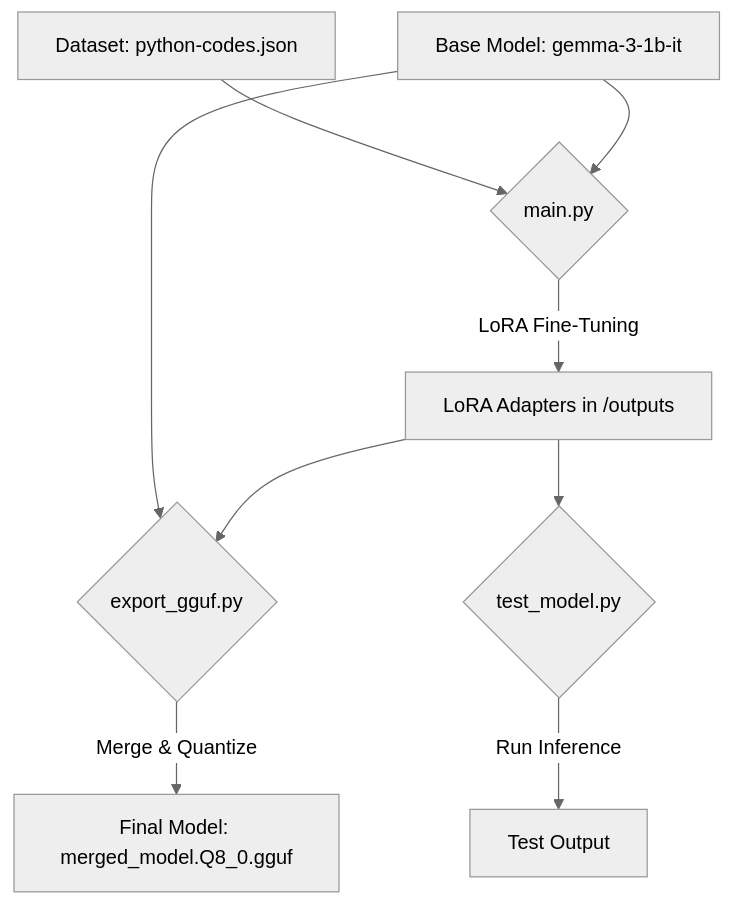
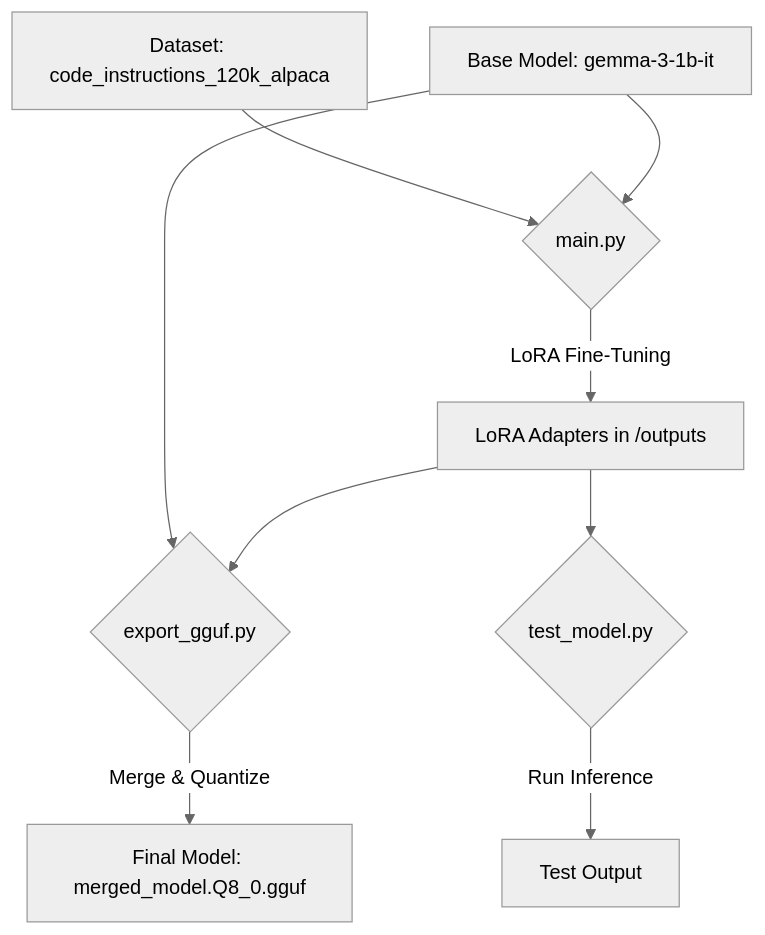
The diagram in README.md (prathmeshnik/gemma3-fine-tuning), drawn with Mermaid (neutral theme) before and after one commit.

````diff
--- a/README.md
+++ b/README.md
@@ -53,11 +53,11 @@
 ```mermaid
 graph TD;
     A[Base Model: gemma-3-1b-it] --> C{main.py};
-    B[Dataset: python-codes.json] --> C;
+    B[Dataset: code_instructions_120k_alpaca] --> C;
     C -- LoRA Fine-Tuning --> D[LoRA Adapters in /outputs];
     D --> E{export_gguf.py};
     A --> E;
     E -- Merge & Quantize --> F[Final Model: merged_model.Q8_0.gguf];
     D --> G{test_model.py};
     G -- Run Inference --> H[Test Output];
 ```
````
